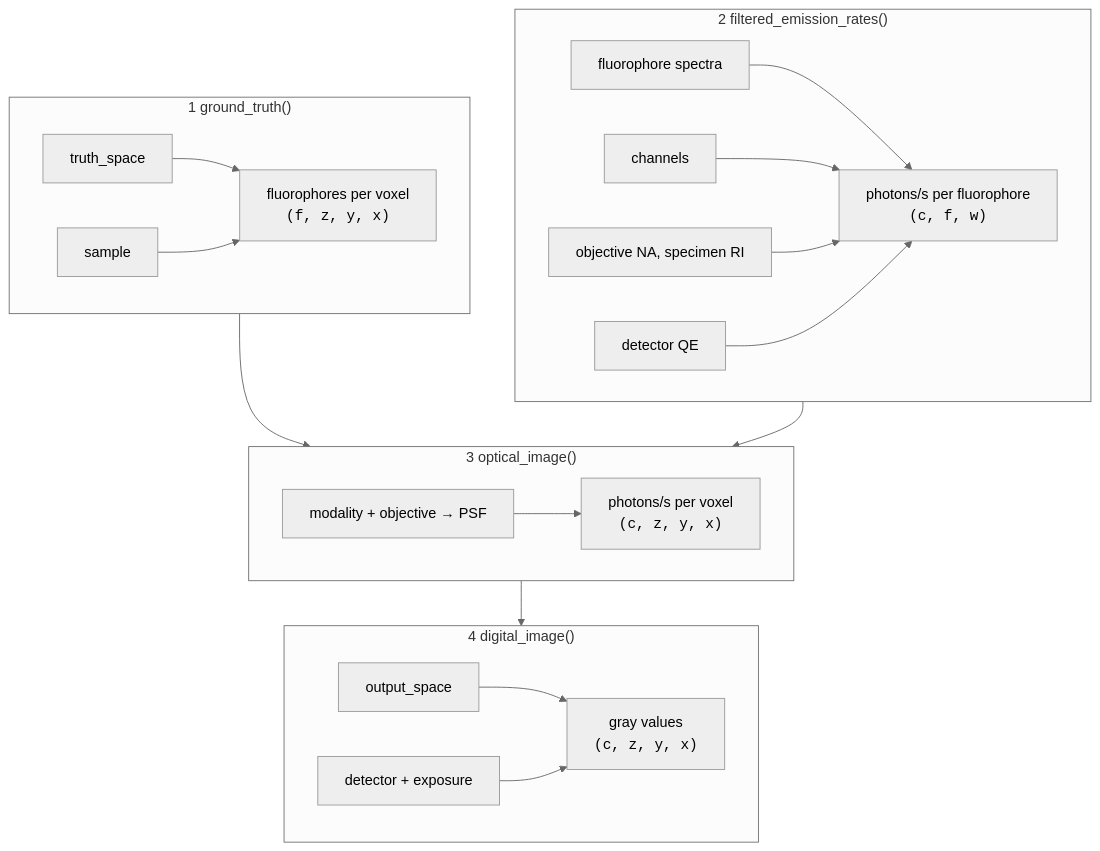
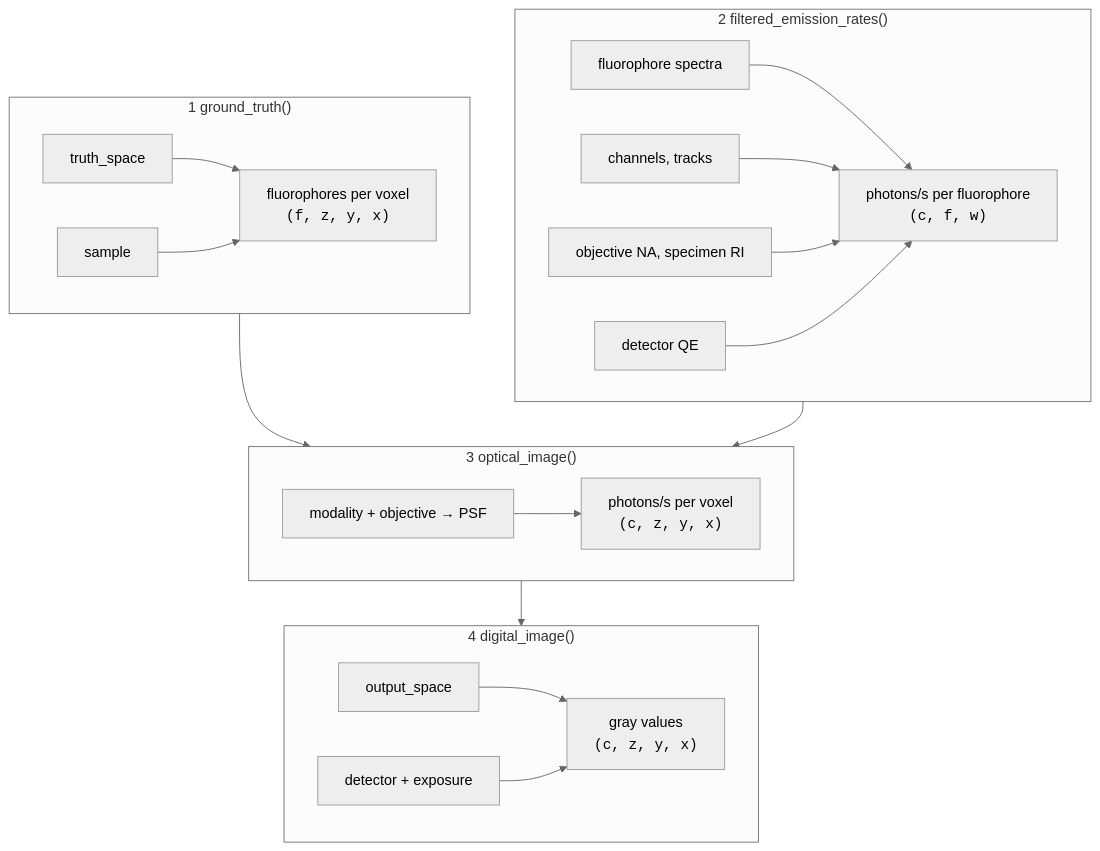
Before and after one commit to tlambert03/microsim: the diagram in docs/guide/index.md, drawn with Mermaid (neutral theme). The commit also changed other lines of this file and 22 other files, not shown here.

First line of the commit message:
docs: update for tracks, laser channels, and confocal excitation from main

````diff
--- a/docs/guide/index.md
+++ b/docs/guide/index.md
@@ -37,27 +38,27 @@
 ``` mermaid
 flowchart TB
     subgraph S1 ["<span class='ms-stage'>1</span> ground_truth()"]
       direction LR
       sp[truth_space] --> gt["fluorophores per voxel<br/><code>(f, z, y, x)</code>"]
       sa[sample] --> gt
     end
     subgraph S2 ["<span class='ms-stage'>2</span> filtered_emission_rates()"]
       direction LR
       fl[fluorophore spectra] --> em["photons/s per fluorophore<br/><code>(c, f, w)</code>"]
-      ch[channels] --> em
+      ch["channels, tracks"] --> em
       ob1[objective NA, specimen RI] --> em
       dq[detector QE] --> em
     end
     subgraph S3 ["<span class='ms-stage'>3</span> optical_image()"]
       direction LR
       mo[modality + objective → PSF] --> oi["photons/s per voxel<br/><code>(c, z, y, x)</code>"]
     end
     subgraph S4 ["<span class='ms-stage'>4</span> digital_image()"]
       direction LR
       os[output_space] --> di["gray values<br/><code>(c, z, y, x)</code>"]
       de[detector + exposure] --> di
     end
     S1 --> S3
     S2 --> S3
     S3 --> S4
 ```
````
